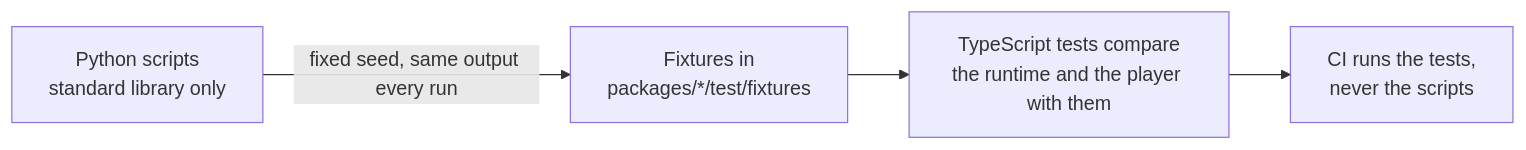
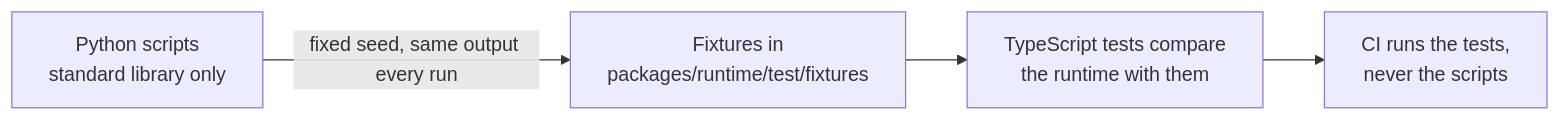
One commit to assesskit/assesskit changed the diagram in validation/README.md. Above: the diagram before and after it, drawn with Mermaid. The commit also changed other lines of this file and 138 other files, not shown here.

````diff
--- a/validation/README.md
+++ b/validation/README.md
@@ -6,6 +6,6 @@
 ```mermaid
 flowchart LR
-  scripts["Python scripts<br/>standard library only"] -->|"fixed seed, same output every run"| fixtures["Fixtures in<br/>packages/*/test/fixtures"]
-  fixtures --> tests["TypeScript tests compare<br/>the runtime and the player with them"]
+  scripts["Python scripts<br/>standard library only"] -->|"fixed seed, same output every run"| fixtures["Fixtures in<br/>packages/runtime/test/fixtures"]
+  fixtures --> tests["TypeScript tests compare<br/>the runtime with them"]
   tests --> ci["CI runs the tests,<br/>never the scripts"]
 ```
````
